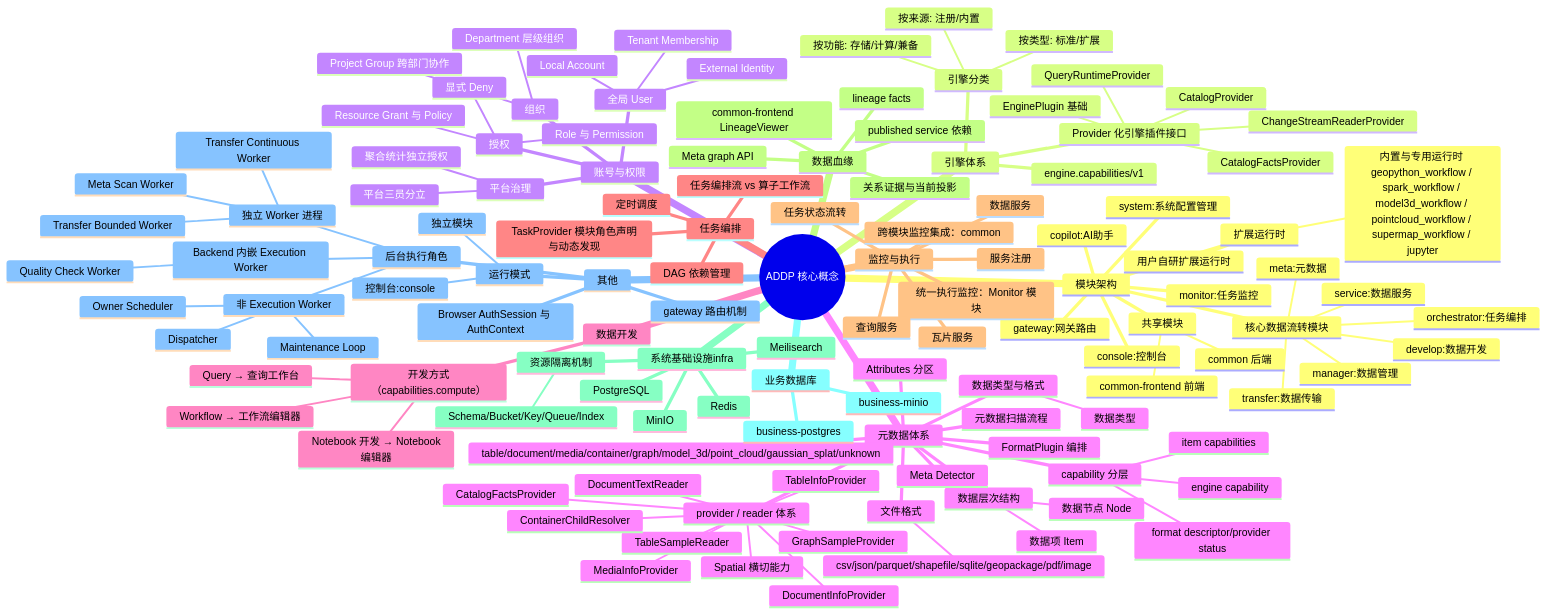
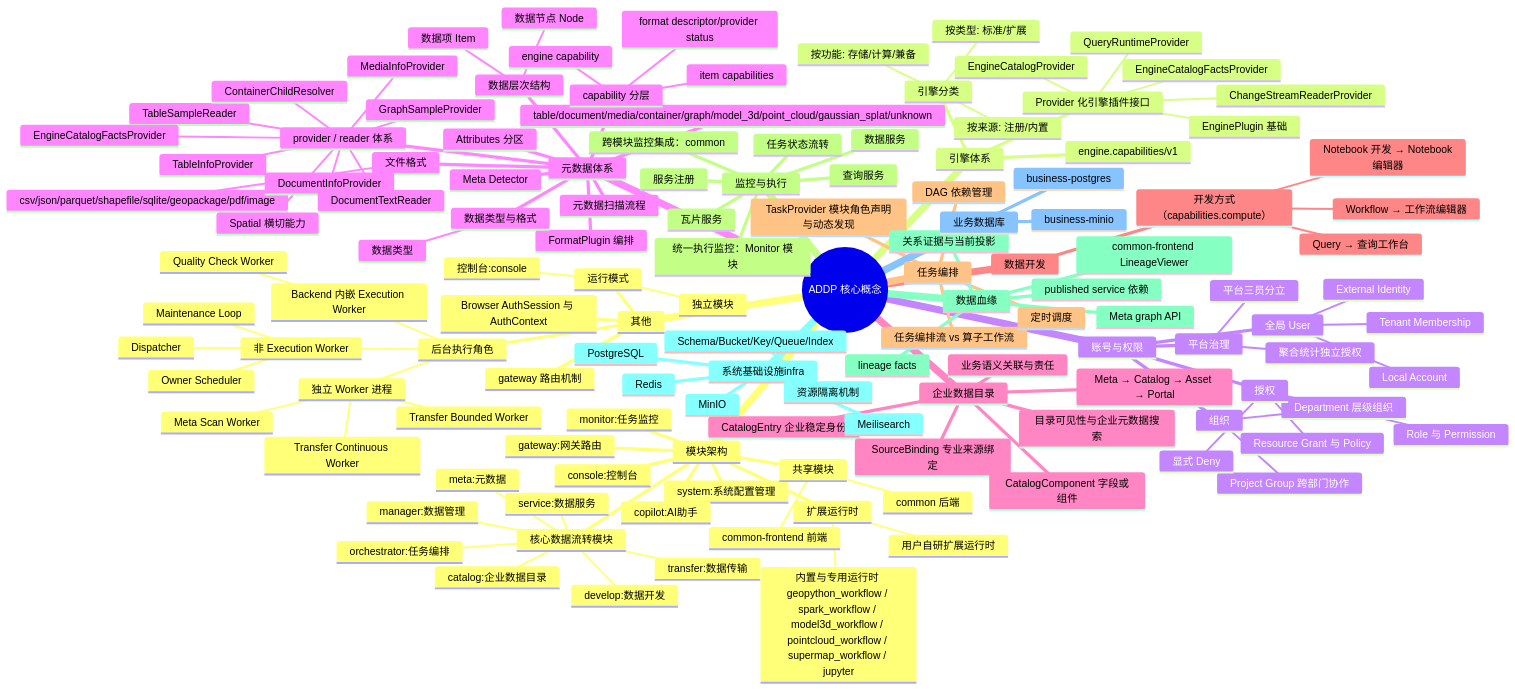
Before and after one commit to pampa0629/addp: the first of 2 diagrams in docs/concepts/addp核心概念关系图.md, drawn with Mermaid. The commit also changed other lines of this file and 1206 other files, not shown here.

```diff
--- a/docs/concepts/addp核心概念关系图.md
+++ b/docs/concepts/addp核心概念关系图.md
@@ -26,6 +26,7 @@
       核心数据流转模块
         transfer:数据传输
         meta:元数据
+        catalog:企业数据目录
         manager:数据管理
         develop:数据开发
         service:数据服务
@@ -41,8 +42,8 @@
     引擎体系
       Provider 化引擎插件接口
         EnginePlugin 基础
-        CatalogProvider
-        CatalogFactsProvider
+        EngineCatalogProvider
+        EngineCatalogFactsProvider
         ChangeStreamReaderProvider
         QueryRuntimeProvider
       引擎分类
@@ -89,9 +90,16 @@
         DocumentTextReader
         MediaInfoProvider
         ContainerChildResolver
-        CatalogFactsProvider
+        EngineCatalogFactsProvider
         GraphSampleProvider
         Spatial 横切能力
+    企业数据目录
+      CatalogEntry 企业稳定身份
+      SourceBinding 专业来源绑定
+      CatalogComponent 字段或组件
+      业务语义关联与责任
+      目录可见性与企业元数据搜索
+      Meta → Catalog → Asset → Portal
     数据开发
       开发方式（capabilities.compute）
         Query → 查询工作台
```
